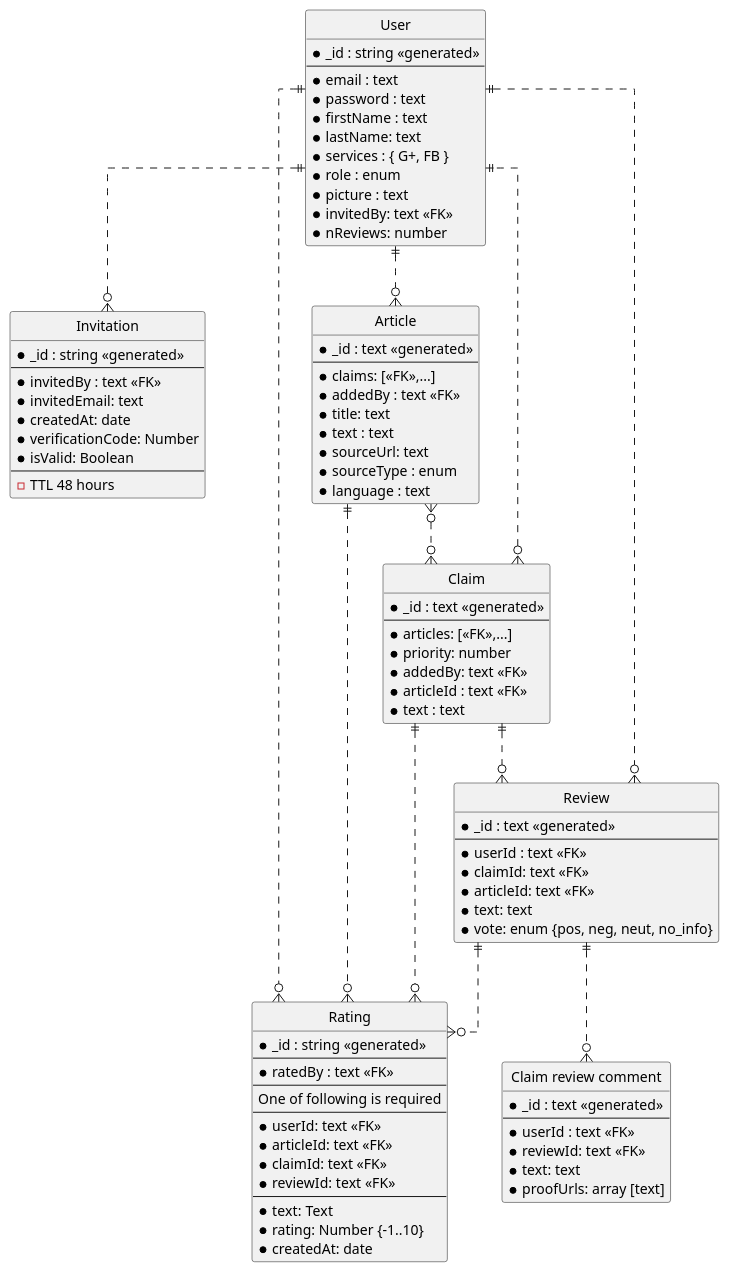
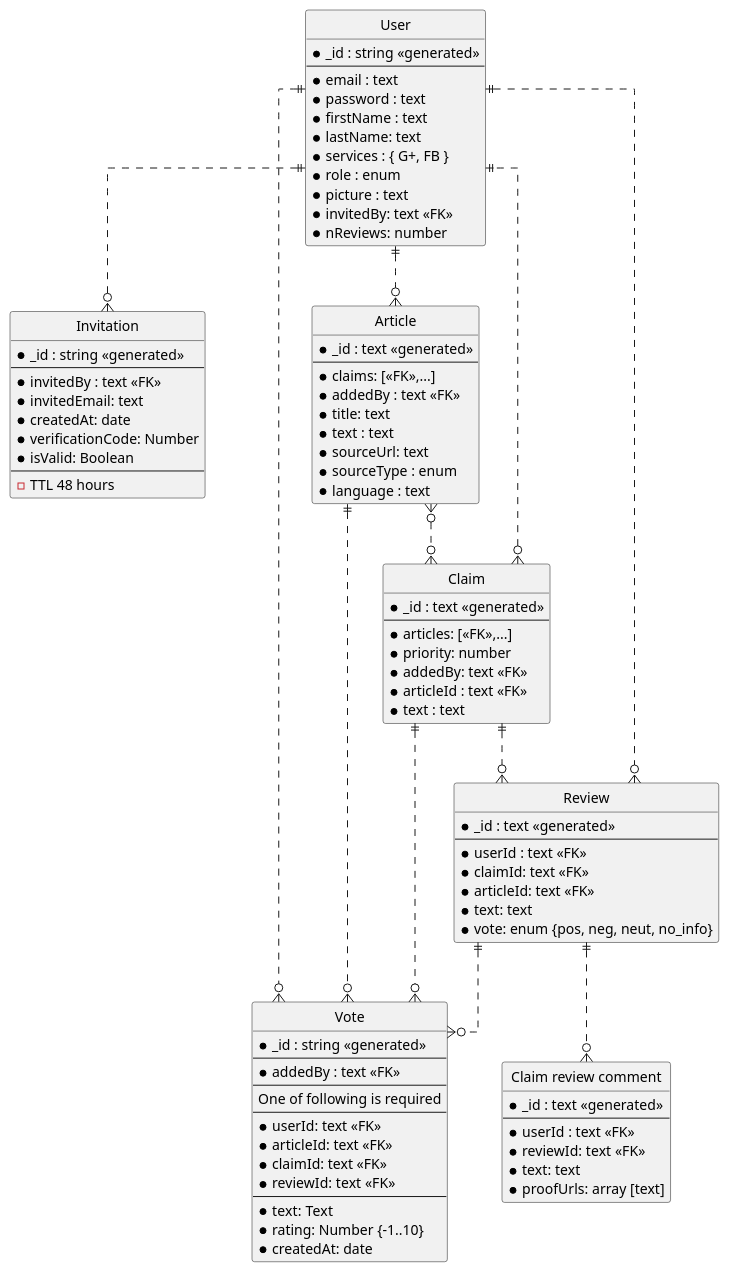
The diagram in sys_docs/entity_relations.puml (aic-factcheck/fact_checking_be), drawn with PlantUML before and after one commit. The commit also changed 16 other files, not shown here.

Commit message:
implemented votes and added tests, refactore rating into vote, fixed hot claims and added nBeenVoted to resources

```diff
--- a/sys_docs/entity_relations.puml
+++ b/sys_docs/entity_relations.puml
@@ -1,103 +1,103 @@
 @startuml Entity relations
 ' hide the spot
 hide circle
 
 ' avoid problems with angled crows feet
 skinparam linetype ortho
 
 entity "User" as user {
   *_id : string <<generated>>
   --
   *email : text
   *password : text
   *firstName : text
   *lastName: text
   *services : { G+, FB }
   *role : enum
   *picture : text
   *invitedBy: text <<FK>>
   *nReviews: number
 }
 
 entity "Invitation" as inv {
   *_id : string <<generated>>
   --
   *invitedBy : text <<FK>>
   *invitedEmail: text
   *createdAt: date
   *verificationCode: Number
   *isValid: Boolean
   --
   - TTL 48 hours
 }
 
-entity "Rating" as rating {
+entity "Vote" as vote {
   *_id : string <<generated>>
   --
-  *ratedBy : text <<FK>>
+  *addedBy : text <<FK>>
   --
   One of following is required
   --
   *userId: text <<FK>>
   *articleId: text <<FK>>
   *claimId: text <<FK>>
   *reviewId: text <<FK>>
   --
   *text: Text
   *rating: Number {-1..10}
   *createdAt: date
 }
 
 entity "Article" as article {
   *_id : text <<generated>>
   --
   *claims: [<<FK>>,...]
   *addedBy : text <<FK>>
   *title: text
   *text : text
   *sourceUrl: text
   *sourceType : enum
   *language : text
 }
 
 entity "Claim" as claim {
   *_id : text <<generated>>
   --
   *articles: [<<FK>>,...]
   *priority: number
   *addedBy: text <<FK>>
   *articleId : text <<FK>>
   *text : text
 }
 
 entity "Review" as review {
   *_id : text <<generated>>
   --
   *userId : text <<FK>>
   *claimId: text <<FK>>
   *articleId: text <<FK>>
   *text: text
   *vote: enum {pos, neg, neut, no_info}
 }
 
 entity "Claim review comment" as claimReviewComment {
   *_id : text <<generated>>
   --
   *userId : text <<FK>>
   *reviewId: text <<FK>>
   *text: text
   *proofUrls: array [text] 
 }
 
 user ||..o{ article
 user ||..o{ inv
 article }o..o{ claim
-article ||..o{ rating
+article ||..o{ vote
 user ||..o{ review
-user ||..o{ rating
+user ||..o{ vote
 claim ||..o{ review
 claim }o..|| user
-claim ||..o{ rating
+claim ||..o{ vote
 review ||..o{ claimReviewComment
-review ||..o{ rating
+review ||..o{ vote
 @enduml
```
